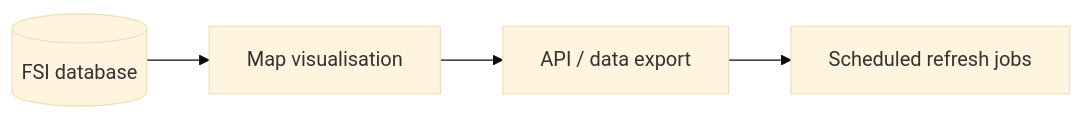
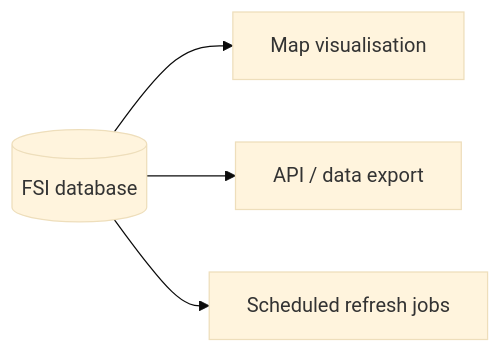
Before and after one commit to HCHODUBLIN/cultivate-mapping-pipeline: the seventh of 9 diagrams in ARCHITECTURE.md, drawn with Mermaid (base theme). The commit also changed other lines of this file and 9 other files, not shown here.

````diff
--- a/ARCHITECTURE.md
+++ b/ARCHITECTURE.md
@@ -146,7 +150,7 @@
 ```mermaid
 flowchart LR
   DB[(FSI database)]
-    --> M[Map visualisation]
-    --> A[API / data export]
-    --> S[Scheduled refresh jobs]
+  DB --> M[Map visualisation]
+  DB --> A[API / data export]
+  DB --> S[Scheduled refresh jobs]
 ```
````
